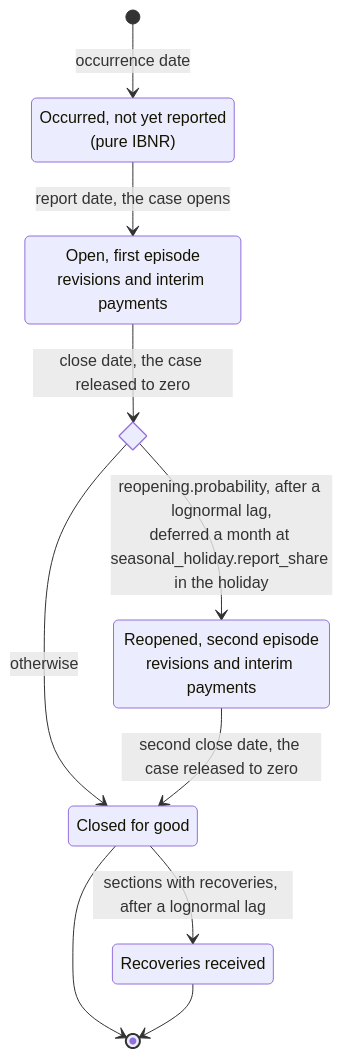
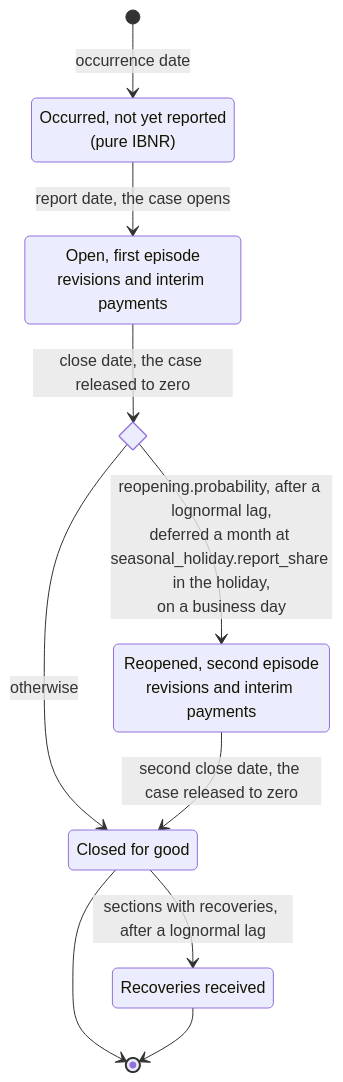
One commit to le-marais/claims-data-generator changed the fifth of 10 diagrams in README.md. Above: the diagram before and after it, drawn with Mermaid. The commit also changed other lines of this file and 23 other files, not shown here.

````diff
--- a/README.md
+++ b/README.md
@@ -199,18 +199,18 @@
 ```mermaid
 stateDiagram-v2
     state "Occurred, not yet reported<br/>(pure IBNR)" as Unreported
     state "Open, first episode<br/>revisions and interim payments" as FirstEpisode
     state reopens <<choice>>
     state "Reopened, second episode<br/>revisions and interim payments" as SecondEpisode
     state "Closed for good" as Settled
     state "Recoveries received" as Recovered
     [*] --> Unreported: occurrence date
     Unreported --> FirstEpisode: report date, the case opens
     FirstEpisode --> reopens: close date, the case released to zero
-    reopens --> SecondEpisode: reopening.probability, after a lognormal lag,<br/>deferred a month at seasonal_holiday.report_share in the holiday
+    reopens --> SecondEpisode: reopening.probability, after a lognormal lag,<br/>deferred a month at seasonal_holiday.report_share in the holiday,<br/>on a business day
     reopens --> Settled: otherwise
     SecondEpisode --> Settled: second close date, the case released to zero
     Settled --> Recovered: sections with recoveries, after a lognormal lag
     Settled --> [*]
     Recovered --> [*]
 ```
````
